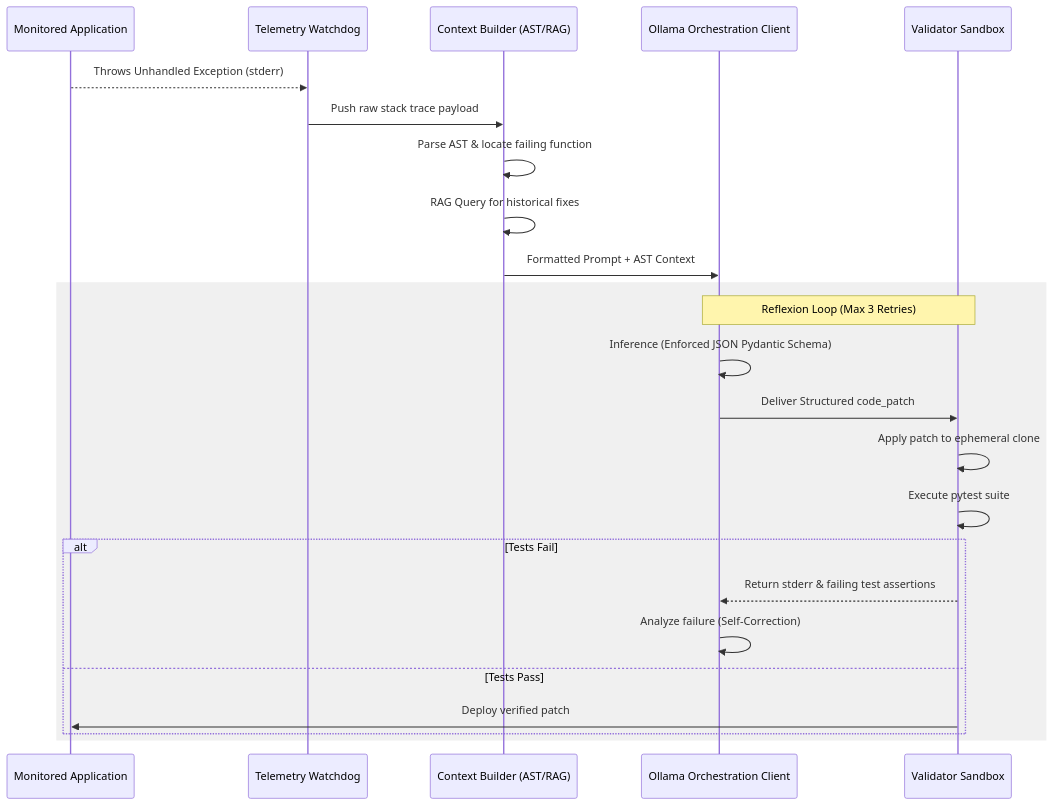
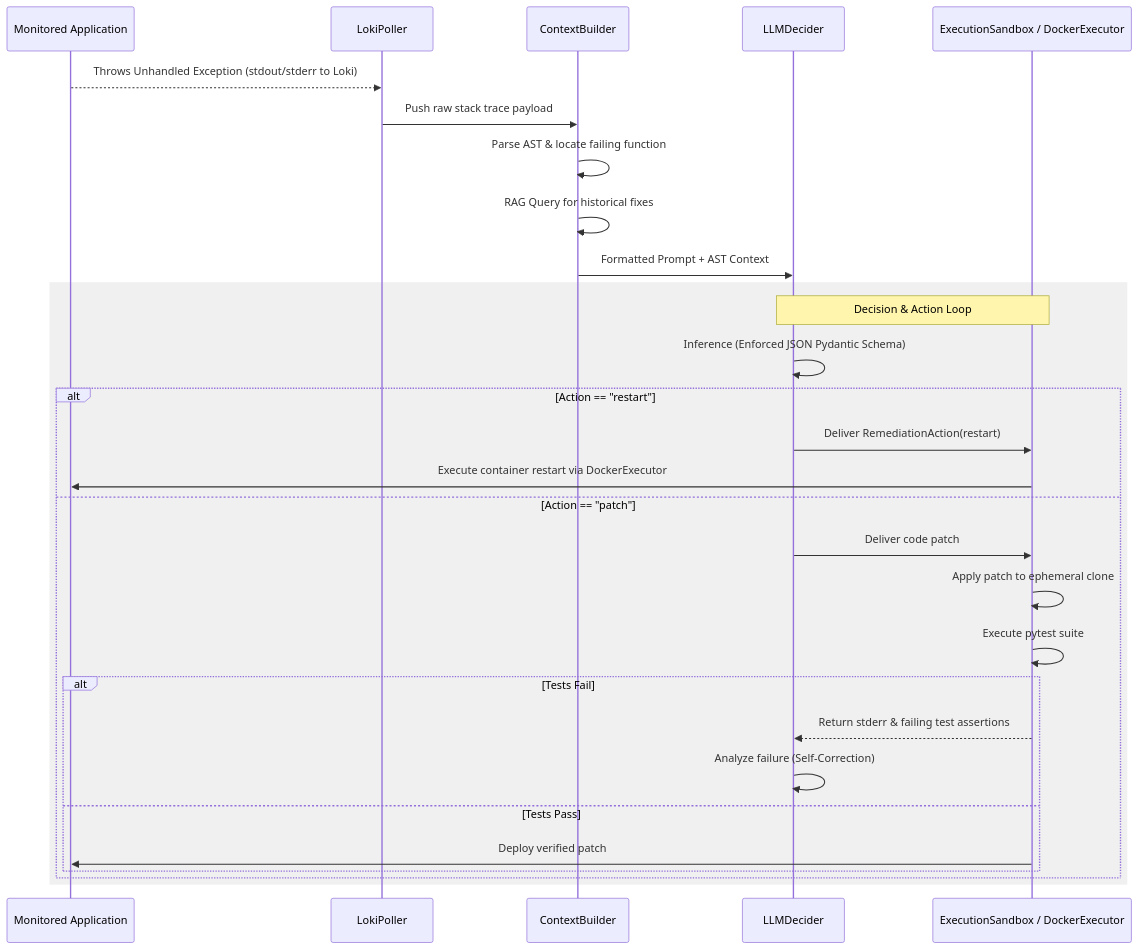
The diagram in agents/healer-agent/docs/design_doc.md (sedna08/chaos-and-recovery-agent), drawn with Mermaid before and after one commit. The commit also changed other lines of this file and 3 other files, not shown here.

Commit message:
Added last timestamp reading in loki polling of healer agent - Updated design_doc - Updated tests to loki client - Updated README.md

````diff
--- a/agents/healer-agent/docs/design_doc.md
+++ b/agents/healer-agent/docs/design_doc.md
@@ -53,29 +53,35 @@
 ```mermaid
 sequenceDiagram
     participant App as Monitored Application
-    participant Watchdog as Telemetry Watchdog
-    participant Context as Context Builder (AST/RAG)
-    participant Ollama as Ollama Orchestration Client
-    participant Sandbox as Validator Sandbox
+    participant Watchdog as LokiPoller
+    participant Context as ContextBuilder
+    participant Ollama as LLMDecider
+    participant Sandbox as ExecutionSandbox / DockerExecutor
 
-    App-->>Watchdog: Throws Unhandled Exception (stderr)
+    App-->>Watchdog: Throws Unhandled Exception (stdout/stderr to Loki)
     Watchdog->>Context: Push raw stack trace payload
     Context->>Context: Parse AST & locate failing function
     Context->>Context: RAG Query for historical fixes
     Context->>Ollama: Formatted Prompt + AST Context
 
     rect rgb(240, 240, 240)
-        Note over Ollama, Sandbox: Reflexion Loop (Max 3 Retries)
+        Note over Ollama, Sandbox: Decision & Action Loop
         Ollama->>Ollama: Inference (Enforced JSON Pydantic Schema)
-        Ollama->>Sandbox: Deliver Structured code_patch
-        Sandbox->>Sandbox: Apply patch to ephemeral clone
-        Sandbox->>Sandbox: Execute pytest suite
 
-        alt Tests Fail
-            Sandbox-->>Ollama: Return stderr & failing test assertions
-            Ollama->>Ollama: Analyze failure (Self-Correction)
-        else Tests Pass
-            Sandbox->>App: Deploy verified patch
+        alt Action == "restart"
+            Ollama->>Sandbox: Deliver RemediationAction(restart)
+            Sandbox->>App: Execute container restart via DockerExecutor
+        else Action == "patch"
+            Ollama->>Sandbox: Deliver code patch
+            Sandbox->>Sandbox: Apply patch to ephemeral clone
+            Sandbox->>Sandbox: Execute pytest suite
+
+            alt Tests Fail
+                Sandbox-->>Ollama: Return stderr & failing test assertions
+                Ollama->>Ollama: Analyze failure (Self-Correction)
+            else Tests Pass
+                Sandbox->>App: Deploy verified patch
+            end
         end
     end
 ```
````
